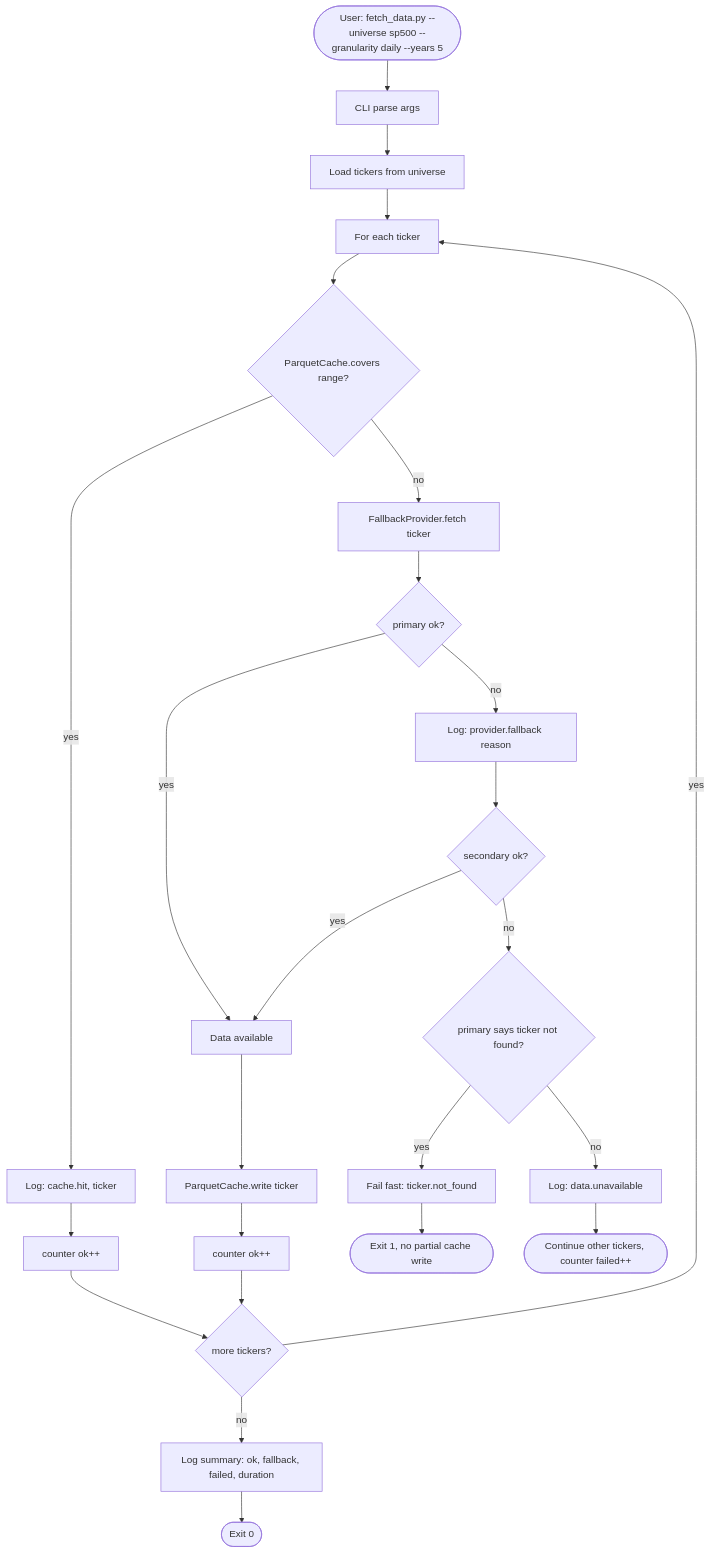
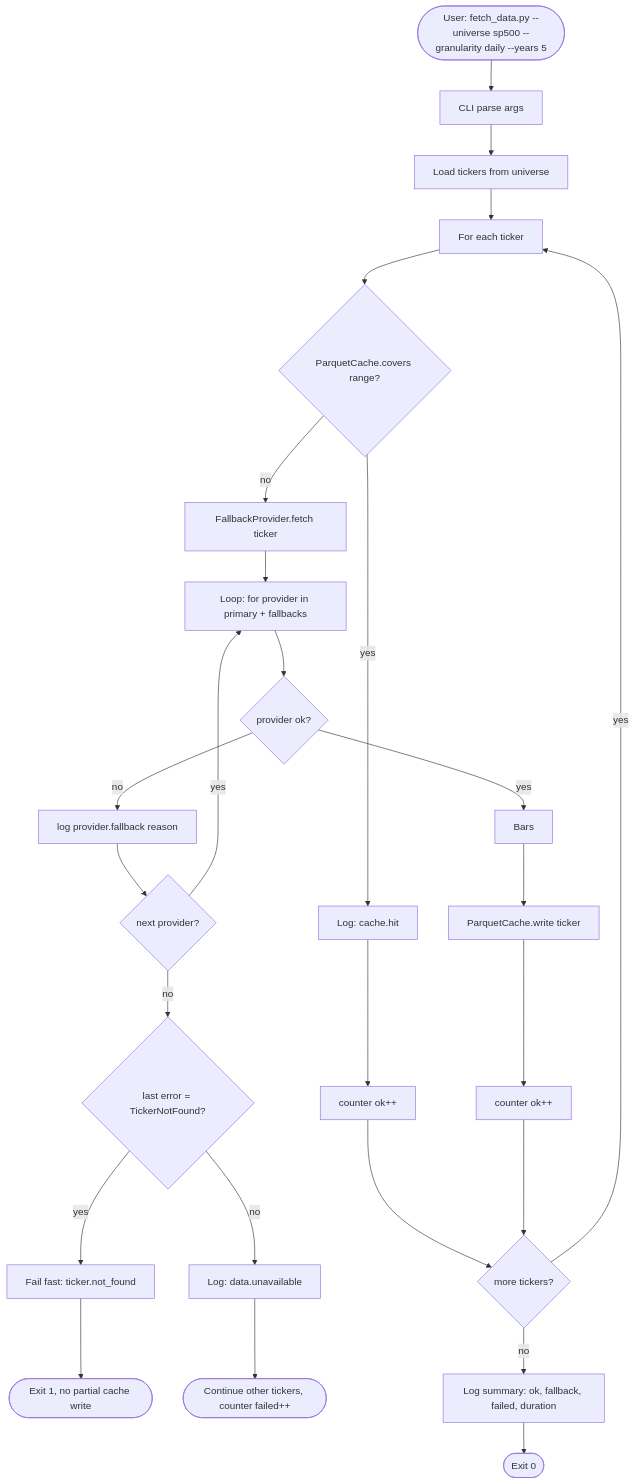
Before and after one commit to Tobi-B/quant_trader: the third of 4 diagrams in docs/uml/p1-data/data-provider.md, drawn with Mermaid. The commit also changed other lines of this file, not shown here.

First line of the commit message:
docs(p1): update data-provider diagram - decorator pattern + provider-setup

````diff
--- a/docs/uml/p1-data/data-provider.md
+++ b/docs/uml/p1-data/data-provider.md
@@ -77,27 +120,28 @@
 ```mermaid
 flowchart TD
     A([User: fetch_data.py --universe sp500 --granularity daily --years 5]) --> B[CLI parse args]
     B --> C[Load tickers from universe]
     C --> D[For each ticker]
     D --> E{ParquetCache.covers range?}
-    E -->|yes| F[Log: cache.hit, ticker]
+    E -->|yes| F[Log: cache.hit]
     F --> G[counter ok++]
     E -->|no| H[FallbackProvider.fetch ticker]
-    H --> I{primary ok?}
-    I -->|yes| J[Data available]
-    I -->|no| K[Log: provider.fallback reason]
-    K --> L{secondary ok?}
-    L -->|yes| J
-    L -->|no| M{primary says ticker not found?}
-    M -->|yes| N[Fail fast: ticker.not_found]
-    N --> Z1([Exit 1, no partial cache write])
-    M -->|no| O[Log: data.unavailable]
-    O --> Z2([Continue other tickers, counter failed++])
-    J --> P[ParquetCache.write ticker]
-    P --> Q[counter ok++]
-    G --> R{more tickers?}
-    Q --> R
-    R -->|yes| D
-    R -->|no| S[Log summary: ok, fallback, failed, duration]
-    S --> T([Exit 0])
+    H --> I[Loop: for provider in primary + fallbacks]
+    I --> J{provider ok?}
+    J -->|yes| K[Bars]
+    J -->|no| L[log provider.fallback reason]
+    L --> M{next provider?}
+    M -->|yes| I
+    M -->|no| N{last error = TickerNotFound?}
+    N -->|yes| O[Fail fast: ticker.not_found]
+    O --> Z1([Exit 1, no partial cache write])
+    N -->|no| P[Log: data.unavailable]
+    P --> Z2([Continue other tickers, counter failed++])
+    K --> Q[ParquetCache.write ticker]
+    Q --> R[counter ok++]
+    G --> S{more tickers?}
+    R --> S
+    S -->|yes| D
+    S -->|no| T[Log summary: ok, fallback, failed, duration]
+    T --> U([Exit 0])
 ```
````
